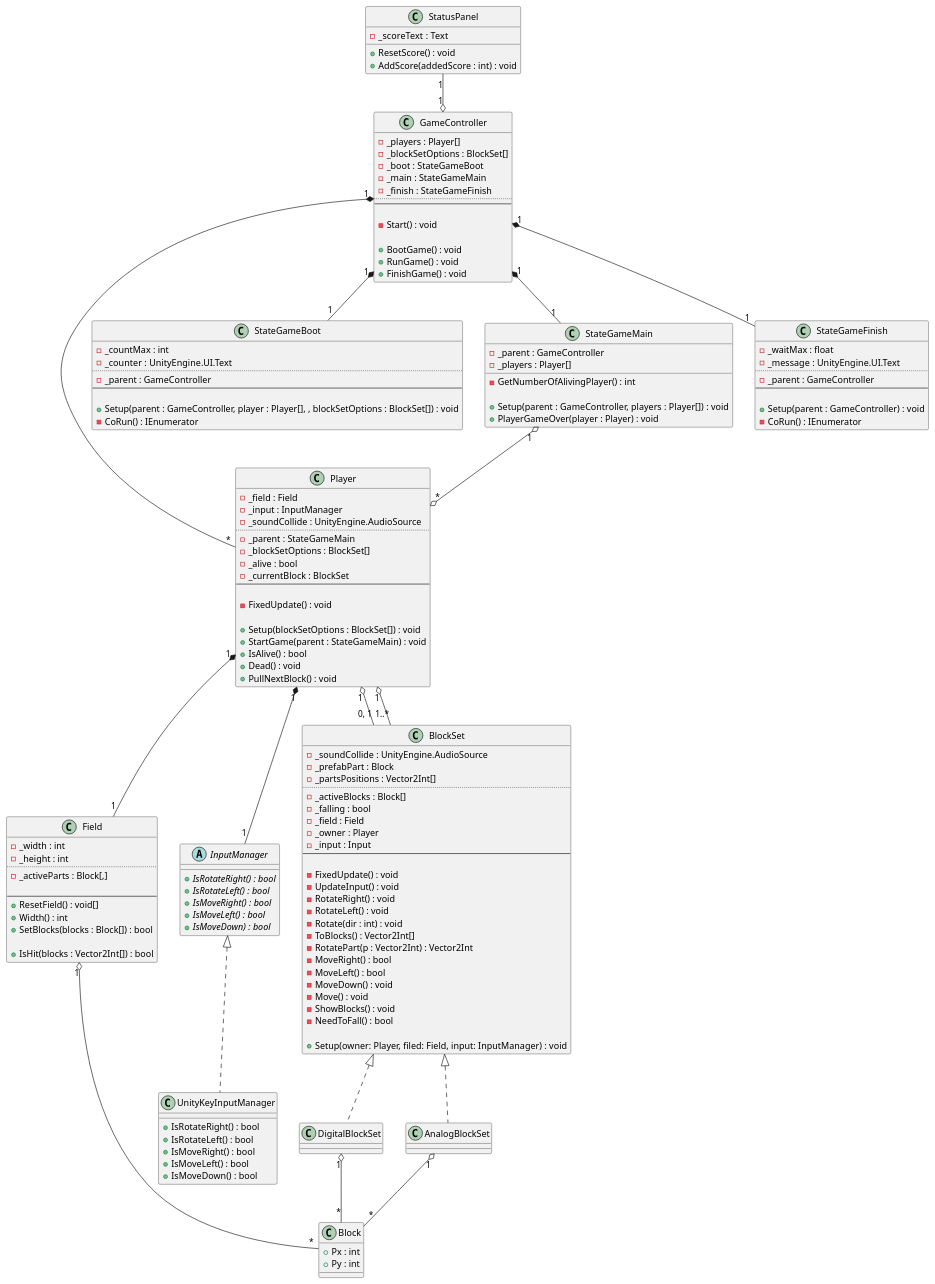
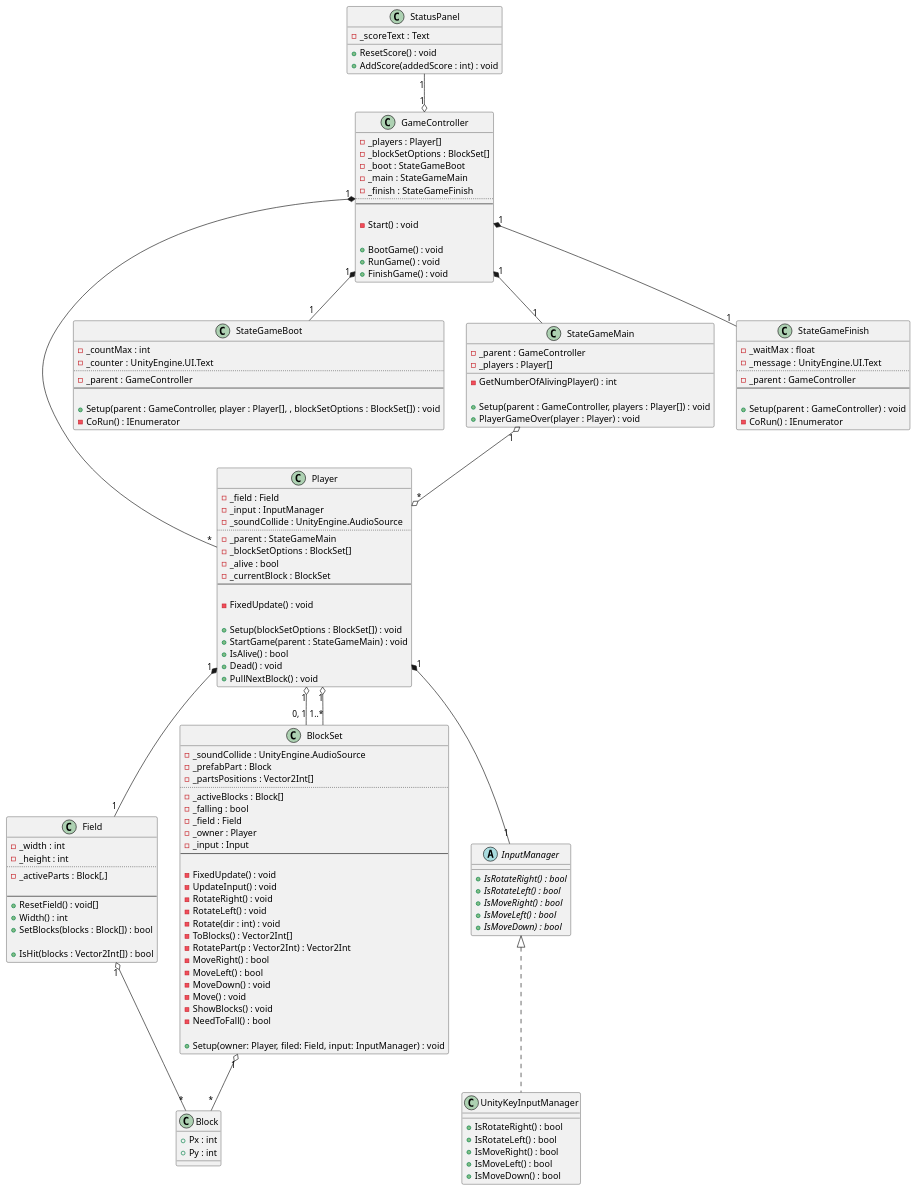
The diagram in Documents/PlantUML/CD_Main.pu (azarashin/UnityTetris), drawn with PlantUML before and after one commit.

Commit message:
冗長なクラスを削除。

```diff
--- a/Documents/PlantUML/CD_Main.pu
+++ b/Documents/PlantUML/CD_Main.pu
@@ -1,183 +1,180 @@
 @startuml
 
 class Block
 {
     + Px : int
     + Py : int
 }
 
 ' フィールドの状態を管理する
 class Field
 {
     - _width : int
     - _height : int
     ..
     - _activeParts : Block[,]
 
     --
     + ResetField() : void[]
     + Width() : int
     ' @return ブロックが積みあがってしまったらtrue, そうでなければfalse を返す
     + SetBlocks(blocks : Block[]) : bool
 
     + IsHit(blocks : Vector2Int[]) : bool
 }
 
 ' ゲームの進行を管理する
 class GameController
 {
     - _players : Player[]
     - _blockSetOptions : BlockSet[]
     - _boot : StateGameBoot
     - _main : StateGameMain
     - _finish : StateGameFinish
     ..
     --
 
     - Start() : void
 
     + BootGame() : void
     + RunGame() : void
     + FinishGame() : void
 }
 
 class Player
 {
     - _field : Field
     - _input : InputManager
     - _soundCollide : UnityEngine.AudioSource
     ..
     - _parent : StateGameMain
     - _blockSetOptions : BlockSet[]
     - _alive : bool
     - _currentBlock : BlockSet
     --
 
     - FixedUpdate() : void
 
     + Setup(blockSetOptions : BlockSet[]) : void
     + StartGame(parent : StateGameMain) : void
     + IsAlive() : bool
     + Dead() : void
     + PullNextBlock() : void
 }
 
 class StateGameBoot
 {
     - _countMax : int
     - _counter : UnityEngine.UI.Text
     ..
     - _parent : GameController
     --
 
     + Setup(parent : GameController, player : Player[], , blockSetOptions : BlockSet[]) : void
     - CoRun() : IEnumerator
 }
 
 class StateGameMain
 {
     - _parent : GameController
     - _players : Player[]
 
     - GetNumberOfAlivingPlayer() : int
 
     + Setup(parent : GameController, players : Player[]) : void
     + PlayerGameOver(player : Player) : void
 }
 
 class StateGameFinish
 {
     - _waitMax : float
     - _message : UnityEngine.UI.Text
     ..
     - _parent : GameController
     --
 
     + Setup(parent : GameController) : void
     - CoRun() : IEnumerator
 }
 
 abstract class InputManager
 {
     + {abstract} IsRotateRight() : bool
     + {abstract} IsRotateLeft() : bool
     + {abstract} IsMoveRight() : bool
     + {abstract} IsMoveLeft() : bool
     + {abstract} IsMoveDown) : bool
 }
 
 class UnityKeyInputManager
 {
     + IsRotateRight() : bool
     + IsRotateLeft() : bool
     + IsMoveRight() : bool
     + IsMoveLeft() : bool
     + IsMoveDown() : bool
 }
 
 ' ブロックの状態を管理する
 class BlockSet
 {
     - _soundCollide : UnityEngine.AudioSource
     - _prefabPart : Block
     - _partsPositions : Vector2Int[]
     ..
     - _activeBlocks : Block[]
     - _falling : bool
     - _field : Field
     - _owner : Player
     - _input : Input
     --
 
     - FixedUpdate() : void
     - UpdateInput() : void
     - RotateRight() : void
     - RotateLeft() : void
     - Rotate(dir : int) : void
     - ToBlocks() : Vector2Int[]
     - RotatePart(p : Vector2Int) : Vector2Int
     ' @return 移動できる場合はtrue, 何かにぶつかって移動できない場合はfalse
     - MoveRight() : bool
     ' @return 移動できる場合はtrue, 何かにぶつかって移動できない場合はfalse
     - MoveLeft() : bool
     - MoveDown() : void
     - Move() : void
     - ShowBlocks() : void
     - NeedToFall() : bool
 
     + Setup(owner: Player, filed: Field, input: InputManager) : void
 }
 
 
 class StatusPanel
 {
     - _scoreText : Text
  
     + ResetScore() : void
     + AddScore(addedScore : int) : void
 }
 
 Player "1" *-- "1" Field
 Player "1" o-- "0, 1" BlockSet
 Player "1" o-- "1..*" BlockSet
 Player "1" *-- "1" InputManager
 
 GameController "1" *-- "*" Player
 GameController "1" *-- "1" StateGameBoot
 GameController "1" *-- "1" StateGameMain
 GameController "1" *-- "1" StateGameFinish
 
 StateGameMain "1" o--o "*" Player
 
 StatusPanel "1" --o "1" GameController
 
-BlockSet <|.. DigitalBlockSet
-BlockSet <|.. AnalogBlockSet
-
 InputManager <|.. UnityKeyInputManager
 
 Field "1" o-- "*" Block
-DigitalBlockSet "1" o-- "*" Block
-AnalogBlockSet "1" o-- "*" Block
+BlockSet "1" o-- "*" Block
+
 
 @enduml
```
